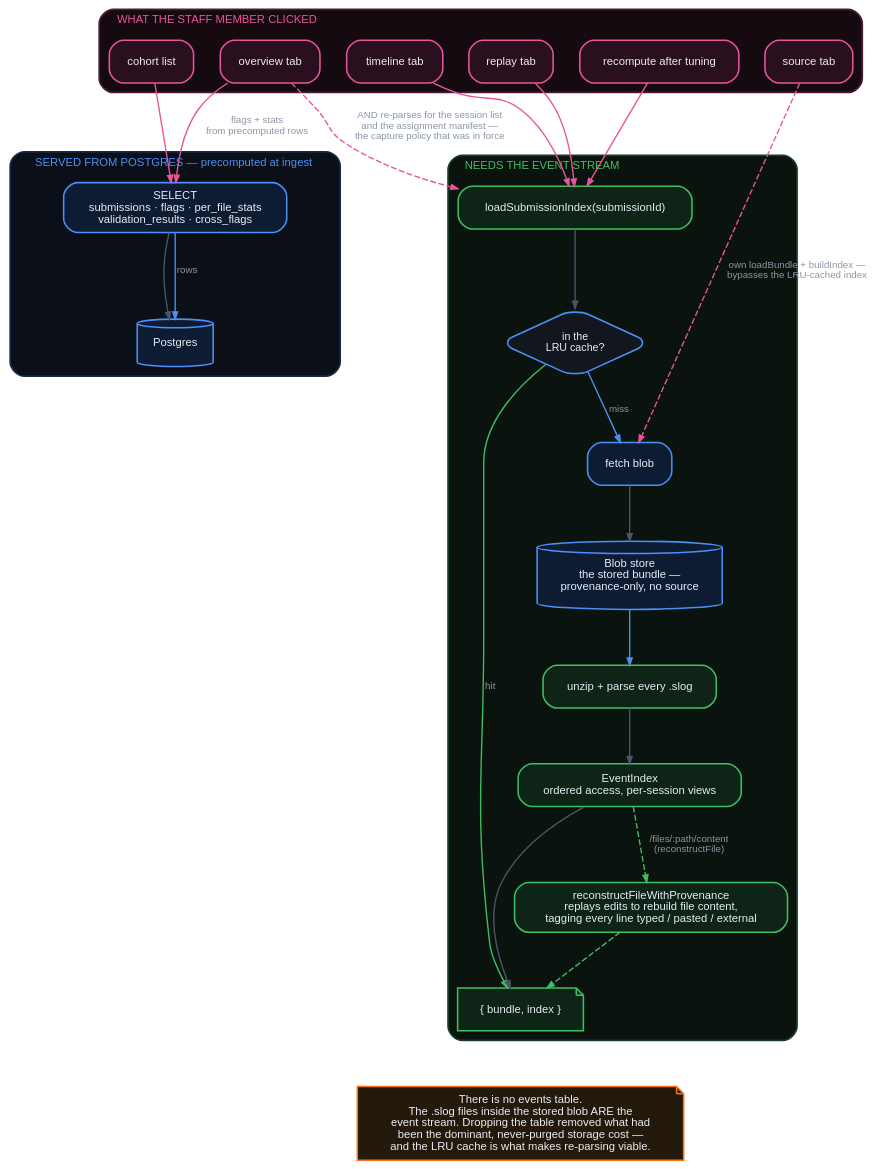
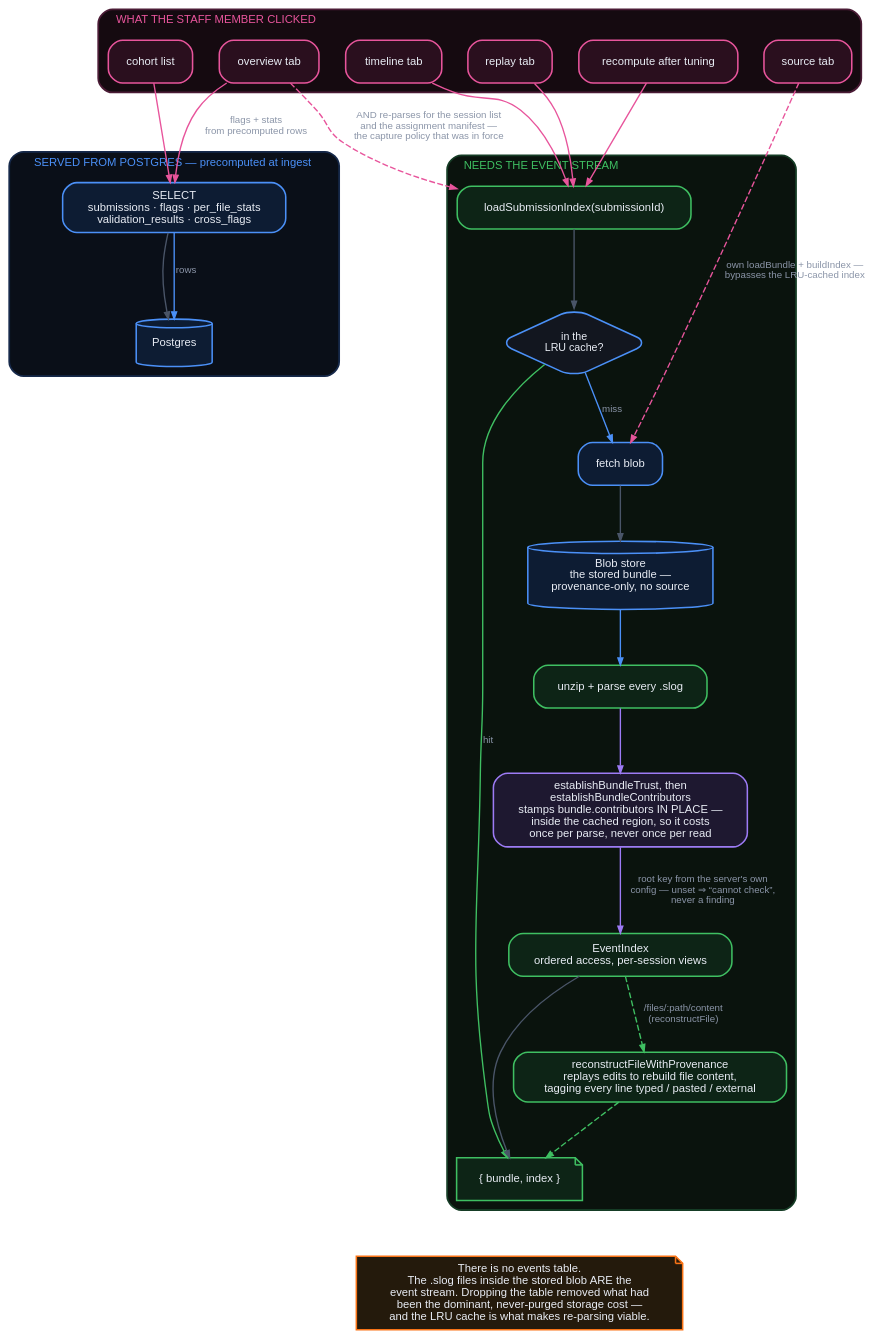
Before and after one commit to ProvenanceTools/provenance: the diagram in tools/architecture/dot/readpath.dot, drawn with Graphviz. The commit also changed 2 other files, not shown here.

Commit message:
docs(architecture): show the contributor stamp on the read path
establishBundleTrust and establishBundleContributors were riding
invisibly inside lsi. They are now a node of their own on the miss path,
between parse and buildIndex, which is where they actually run.

The placement is the point: the call sits INSIDE the LRU-cached region,
past the early return, so it costs once per parse and not once per read.
A cache hit therefore returns the identical stamp object — asserted by
identity, not equality, in load-index.contributors.test.ts — and two
submissions can never share one, because the cache key is the submission
id joined to the blob sha256.

Also records that the stamp MUTATES the bundle in place rather than
returning a copy, which looks like a smell and is deliberate: every
holder of the reference must see the same verdict, and a copy would
silently leave the originals unattributed.

```diff
--- a/tools/architecture/dot/readpath.dot
+++ b/tools/architecture/dot/readpath.dot
@@ -1,71 +1,74 @@
 digraph readpath {
   bgcolor="transparent" rankdir=TB splines=spline compound=true
   nodesep=0.30 ranksep=0.62 fontname="Helvetica"
   node [shape=box style="filled,rounded" fontname="Helvetica" fontsize=10
         fontcolor="#e8ecf4" fillcolor="#161b26" color="#3a4457" penwidth=1.3
         margin="0.15,0.09"]
   edge [fontname="Helvetica" fontsize=8.2 fontcolor="#8b95a8"
         color="#4a5568" arrowsize=0.6 penwidth=1.15]
 
   subgraph cluster_req {
     label="  WHAT THE STAFF MEMBER CLICKED  " fontsize=9.5 fontcolor="#e8559c"
     color="#4a1b35" penwidth=1.5 style=rounded bgcolor="#150a10" labeljust="l"
     node [fillcolor="#2a0f1e" color="#e8559c" fontsize=9.5]
     r_cohort [label="cohort list"]
     r_over   [label="overview tab"]
     r_time   [label="timeline tab"]
     r_replay [label="replay tab"]
     r_src    [label="source tab"]
     r_recomp [label="recompute after tuning"]
   }
 
   subgraph cluster_cheap {
     label="  SERVED FROM POSTGRES — precomputed at ingest  " fontsize=9.5
     fontcolor="#4b90f7" color="#16294a" penwidth=1.5 style=rounded
     bgcolor="#0a0f18" labeljust="l"
     node [fillcolor="#0d1c33" color="#4b90f7" fontsize=9.5]
     pgq [label="SELECT\nsubmissions · flags · per_file_stats\nvalidation_results · cross_flags"]
     pg  [label="Postgres" shape=cylinder height=0.55]
   }
 
   subgraph cluster_deep {
     label="  NEEDS THE EVENT STREAM  " fontsize=9.5 fontcolor="#3fbf62"
     color="#153c25" penwidth=1.5 style=rounded bgcolor="#0a130d" labeljust="l"
     node [fillcolor="#0d2416" color="#3fbf62" fontsize=9.5]
     lsi   [label="loadSubmissionIndex(submissionId)"]
     cache [label="in the\nLRU cache?" shape=diamond fillcolor="#12161f" color="#4b90f7"
            fontsize=9 height=0.8 width=1.4]
     fetch [label="fetch blob" fillcolor="#0d1c33" color="#4b90f7"]
     blob  [label="Blob store\nthe stored bundle —\nprovenance-only, no source"
            shape=cylinder fillcolor="#0d1c33" color="#4b90f7" height=0.7]
     parse [label="unzip + parse every .slog"]
+    stamp [label="establishBundleTrust, then\nestablishBundleContributors\nstamps bundle.contributors IN PLACE —\ninside the cached region, so it costs\nonce per parse, never once per read"
+           fillcolor="#1e1830" color="#9d7bf5"]
     idx   [label="EventIndex\nordered access, per-session views"]
     recon [label="reconstructFileWithProvenance\nreplays edits to rebuild file content,\ntagging every line typed / pasted / external"]
     ret   [label="{ bundle, index }" shape=note]
   }
 
   r_cohort -> pgq [color="#e8559c"]
   r_over   -> pgq [label="flags + stats\nfrom precomputed rows" color="#e8559c"]
   pgq -> pg
   pg -> pgq [label="rows" color="#4b90f7" dir=back]
 
   r_over   -> lsi [label="AND re-parses for the session list\nand the assignment manifest —\nthe capture policy that was in force" color="#e8559c" style=dashed]
   r_time   -> lsi [color="#e8559c"]
   r_replay -> lsi [color="#e8559c"]
   r_recomp -> lsi [color="#e8559c"]
   r_src    -> fetch [label="own loadBundle + buildIndex —\nbypasses the LRU-cached index" color="#e8559c" style=dashed]
 
   lsi -> cache
   cache -> ret   [label="hit" color="#3fbf62"]
   cache -> fetch [label="miss" color="#4b90f7"]
   fetch -> blob
   blob -> parse [color="#4b90f7"]
-  parse -> idx
+  parse -> stamp [color="#9d7bf5"]
+  stamp -> idx [label="root key from the server's own\nconfig — unset ⇒ “cannot check”,\nnever a finding" color="#9d7bf5"]
   idx -> ret
   idx -> recon [label="/files/:path/content\n(reconstructFile)" style=dashed color="#3fbf62"]
   recon -> ret [style=dashed color="#3fbf62"]
 
   note [label="There is no events table.\nThe .slog files inside the stored blob ARE the\nevent stream. Dropping the table removed what had\nbeen the dominant, never-purged storage cost —\nand the LRU cache is what makes re-parsing viable."
         shape=note fillcolor="#241a0c" color="#F97316" fontcolor="#e8ecf4" fontsize=9.5]
   ret -> note [style=invis]
 }
```
